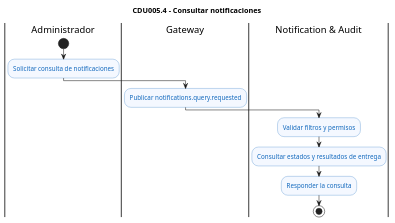
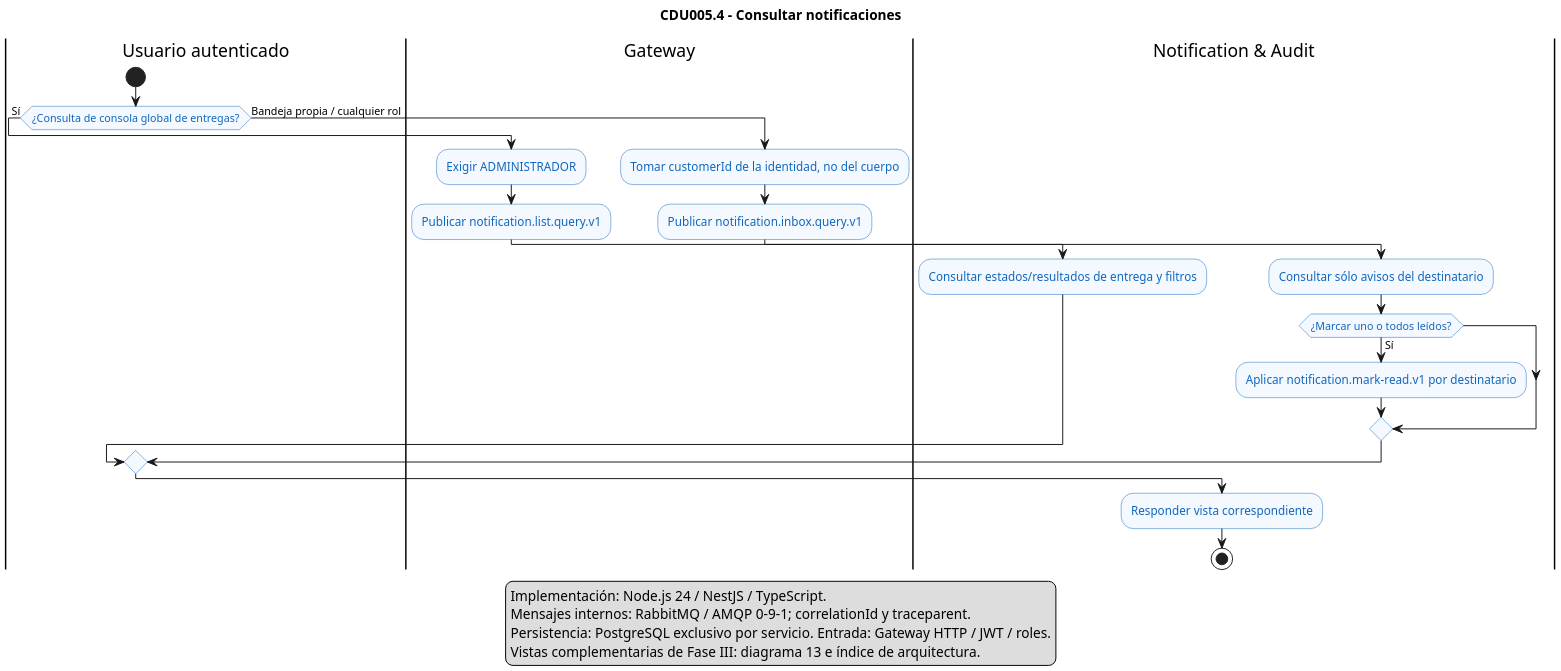
One commit to marcosbondel/Proyecto-SA-B-2 changed the diagram in docs/architecture/diagrams/cdu/notification-audit/flujos/CDU005.4-consultar-notificaciones.puml. Above: the diagram before and after it, drawn with PlantUML. The commit also changed 74 other files, not shown here.

Commit message:
docs(cdu-er): actualizar casos de uso UML nativos, flujos de negocio y modelos ER fisicos

```diff
--- a/docs/architecture/diagrams/cdu/notification-audit/flujos/CDU005.4-consultar-notificaciones.puml
+++ b/docs/architecture/diagrams/cdu/notification-audit/flujos/CDU005.4-consultar-notificaciones.puml
@@ -1,21 +1,38 @@
 @startuml CDU005.4-consultar-notificaciones
 title CDU005.4 - Consultar notificaciones
 
 skinparam shadowing false
+skinparam dpi 180
 skinparam activity {
     BackgroundColor #F4F8FF
     BorderColor #1168BD
     FontColor #1168BD
 }
 
-|Administrador|
+|Usuario autenticado|
 start
-:Solicitar consulta de notificaciones;
-|Gateway|
-:Publicar notifications.query.requested;
-|Notification & Audit|
-:Validar filtros y permisos;
-:Consultar estados y resultados de entrega;
-:Responder la consulta;
+if (¿Consulta de consola global de entregas?) then (Sí)
+    |Gateway|
+    :Exigir ADMINISTRADOR;
+    :Publicar notification.list.query.v1;
+    |Notification & Audit|
+    :Consultar estados/resultados de entrega y filtros;
+else (Bandeja propia / cualquier rol)
+    |Gateway|
+    :Tomar customerId de la identidad, no del cuerpo;
+    :Publicar notification.inbox.query.v1;
+    |Notification & Audit|
+    :Consultar sólo avisos del destinatario;
+    if (¿Marcar uno o todos leídos?) then (Sí)
+        :Aplicar notification.mark-read.v1 por destinatario;
+    endif
+endif
+:Responder vista correspondiente;
 stop
+legend bottom
+  Implementación: Node.js 24 / NestJS / TypeScript.
+  Mensajes internos: RabbitMQ / AMQP 0-9-1; correlationId y traceparent.
+  Persistencia: PostgreSQL exclusivo por servicio. Entrada: Gateway HTTP / JWT / roles.
+  Vistas complementarias de Fase III: diagrama 13 e índice de arquitectura.
+endlegend
 @enduml
```
